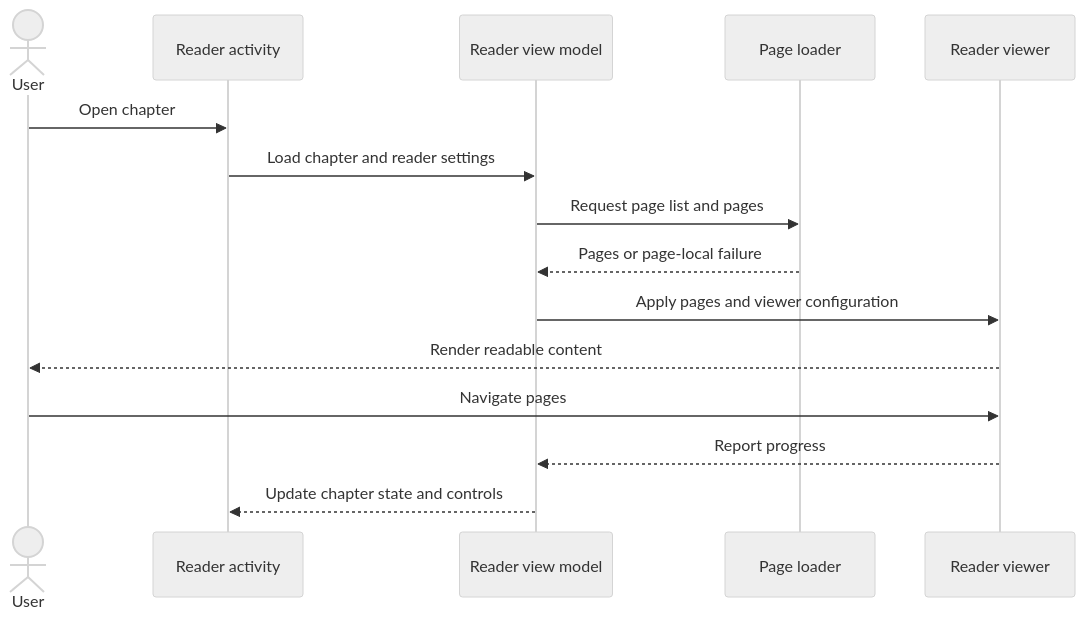
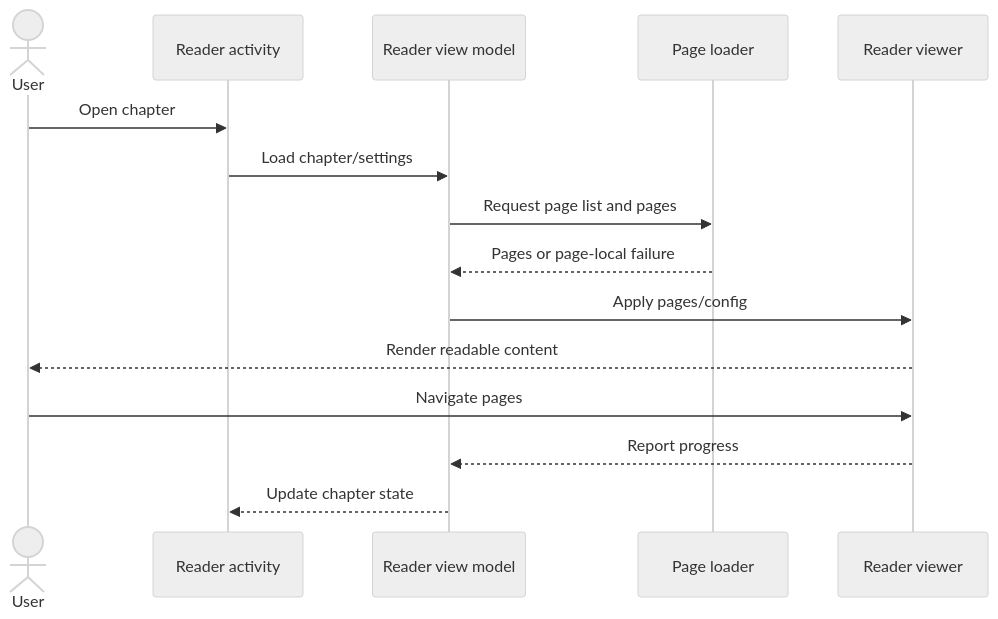
One commit to FancyCorey/komikku-KMK changed the first of 5 diagrams in docs/kmk/feature-guides/reading-schedule-completion-and-chapter-navigation.md. Above: the diagram before and after it, drawn with Mermaid (neutral theme). The commit also changed 9 other files, not shown here.

Commit message:
Improve Mermaid diagram readability

````diff
--- a/docs/kmk/feature-guides/reading-schedule-completion-and-chapter-navigation.md
+++ b/docs/kmk/feature-guides/reading-schedule-completion-and-chapter-navigation.md
@@ -25,18 +25,18 @@
 ```mermaid
 sequenceDiagram
     actor User
     participant Activity as Reader activity
     participant Model as Reader view model
     participant Loader as Page loader
     participant Viewer as Reader viewer
 
     User->>Activity: Open chapter
-    Activity->>Model: Load chapter and reader settings
+    Activity->>Model: Load chapter/settings
     Model->>Loader: Request page list and pages
     Loader-->>Model: Pages or page-local failure
-    Model->>Viewer: Apply pages and viewer configuration
+    Model->>Viewer: Apply pages/config
     Viewer-->>User: Render readable content
     User->>Viewer: Navigate pages
     Viewer-->>Model: Report progress
-    Model-->>Activity: Update chapter state and controls
+    Model-->>Activity: Update chapter state
 ```
````
